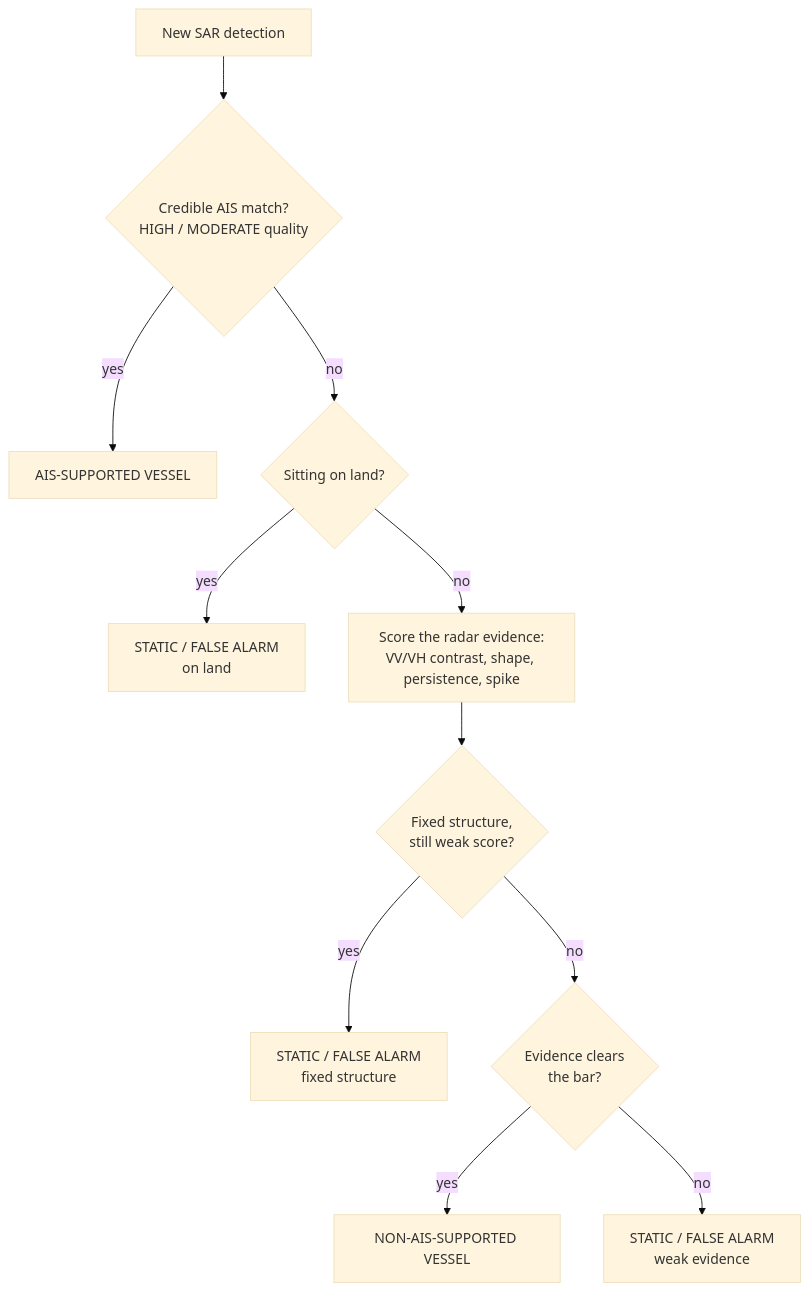
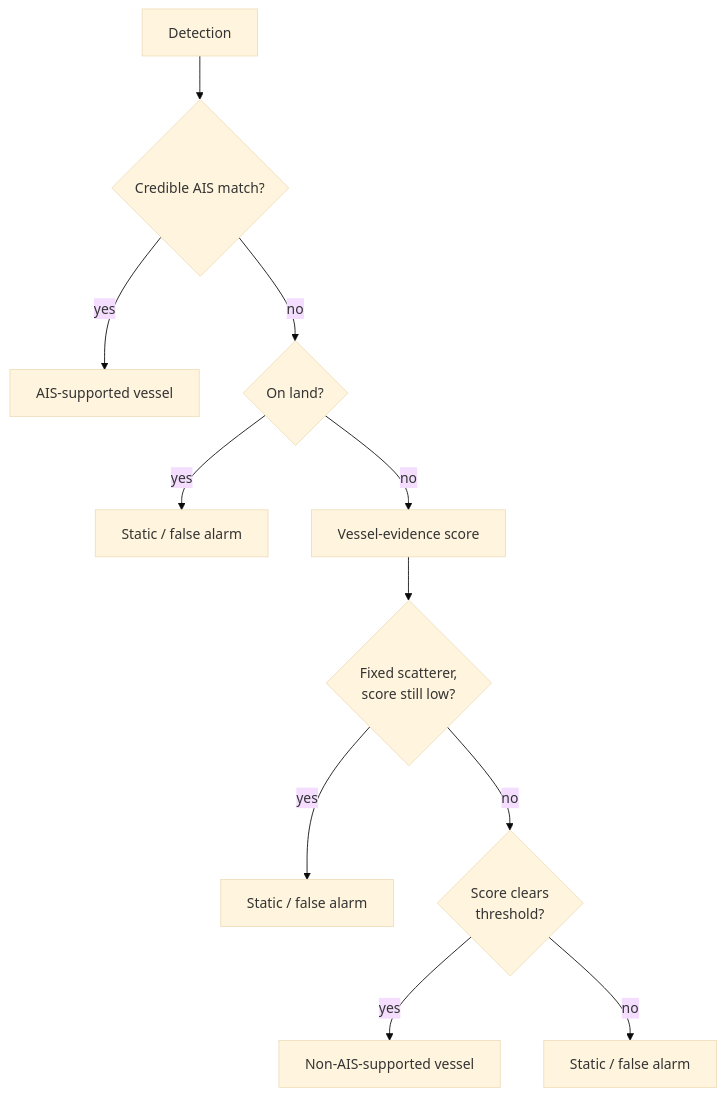
One commit to Jeevithaswan/SAR-Ship-Detection changed the diagram in README.md. Above: the diagram before and after it, drawn with Mermaid (base theme). The commit also changed other lines of this file, not shown here.

````diff
--- a/README.md
+++ b/README.md
@@ -39,13 +59,13 @@
 ```mermaid
 flowchart TD
-    A[New SAR detection] --> B{Credible AIS match?<br/>HIGH / MODERATE quality}
-    B -->|yes| AIS[AIS-SUPPORTED VESSEL]
-    B -->|no| C{Sitting on land?}
-    C -->|yes| R1[STATIC / FALSE ALARM<br/>on land]
-    C -->|no| D[Score the radar evidence:<br/>VV/VH contrast, shape, persistence, spike]
-    D --> E{Fixed structure,<br/>still weak score?}
-    E -->|yes| R2[STATIC / FALSE ALARM<br/>fixed structure]
-    E -->|no| F{Evidence clears<br/>the bar?}
-    F -->|yes| V[NON-AIS-SUPPORTED VESSEL]
-    F -->|no| R3[STATIC / FALSE ALARM<br/>weak evidence]
+    A[Detection] --> B{Credible AIS match?}
+    B -->|yes| AIS[AIS-supported vessel]
+    B -->|no| C{On land?}
+    C -->|yes| R1[Static / false alarm]
+    C -->|no| D[Vessel-evidence score]
+    D --> E{Fixed scatterer,<br/>score still low?}
+    E -->|yes| R2[Static / false alarm]
+    E -->|no| F{Score clears<br/>threshold?}
+    F -->|yes| V[Non-AIS-supported vessel]
+    F -->|no| R3[Static / false alarm]
 ```
````
